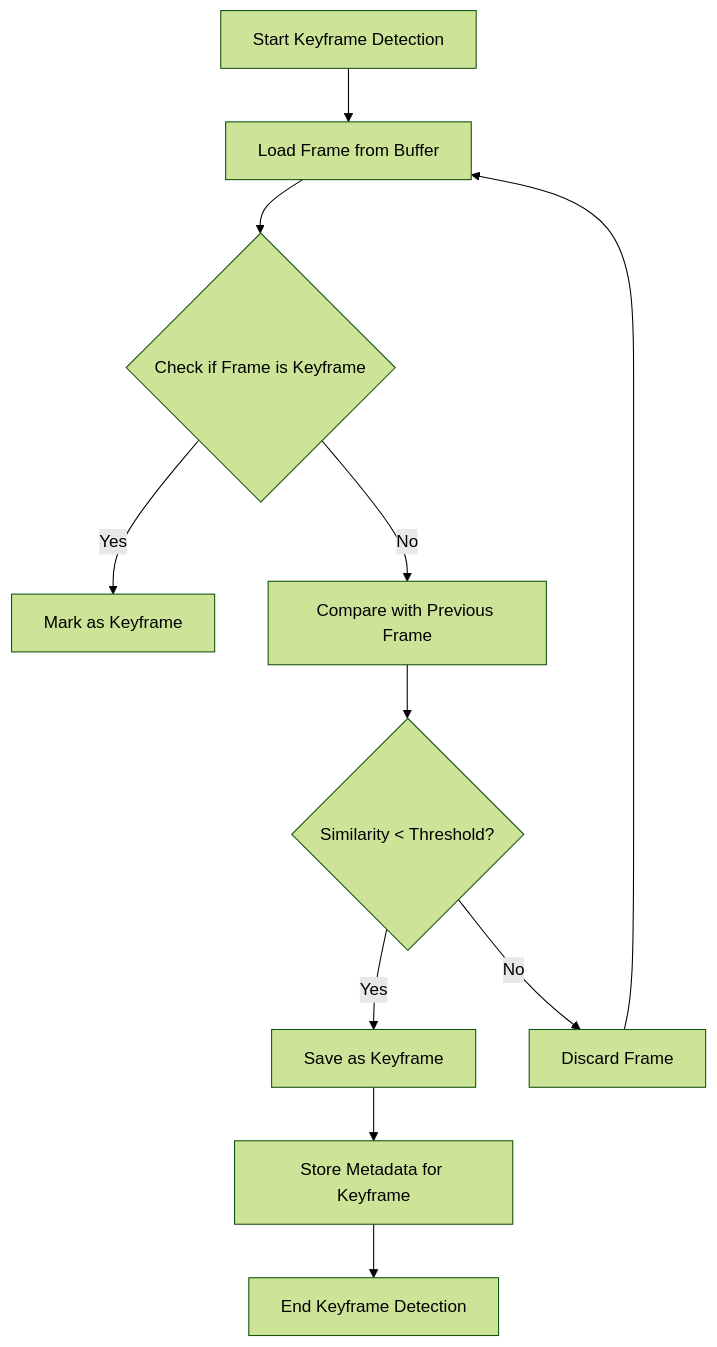
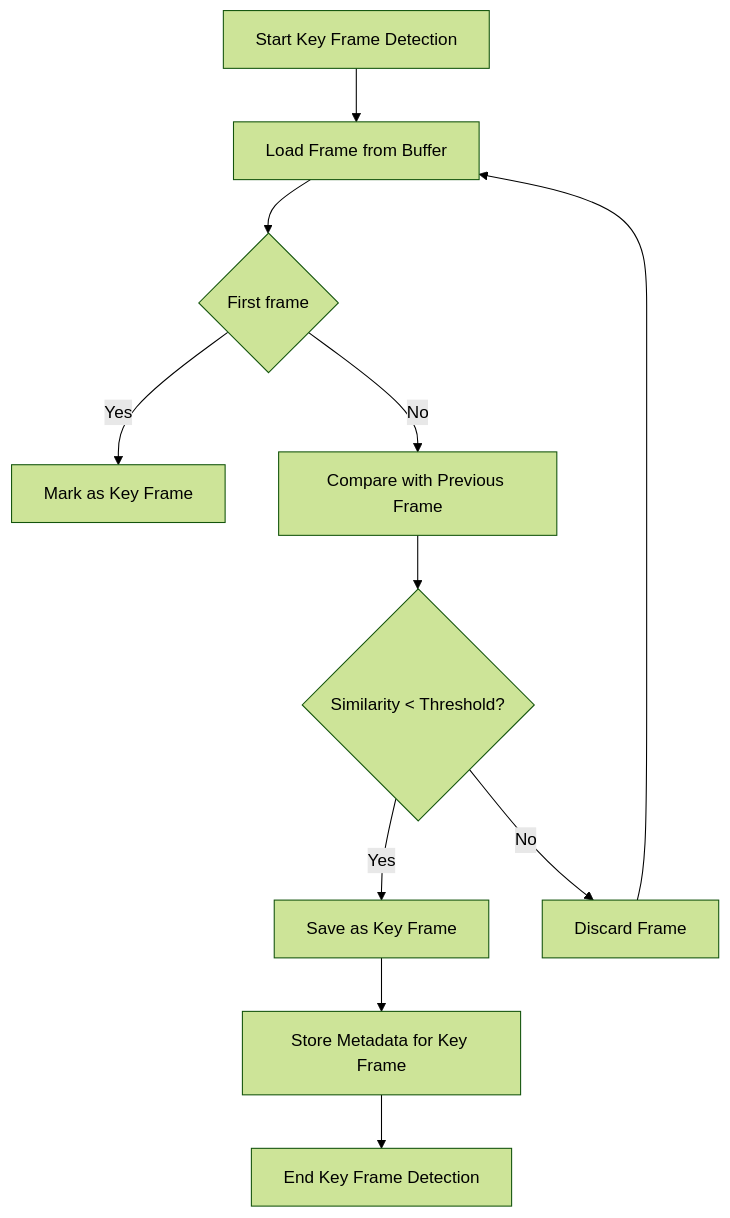
Before and after one commit to davidj-brewster/video-to-keyframes: the third of 5 diagrams in docs/overview-program-flows.md, drawn with Mermaid (forest theme). The commit also changed other lines of this file, not shown here.

````diff
--- a/docs/overview-program-flows.md
+++ b/docs/overview-program-flows.md
@@ -65,13 +65,13 @@
 ```mermaid
 flowchart TD
-    A[Start Keyframe Detection] --> B[Load Frame from Buffer]
-    B --> C{Check if Frame is Keyframe}
-    C -->|Yes| D[Mark as Keyframe]
+    A[Start Key Frame Detection] --> B[Load Frame from Buffer]
+    B --> C{First frame} 
+    C -->|Yes| D[Mark as Key Frame]
     C -->|No| E[Compare with Previous Frame]
     E --> F{Similarity < Threshold?}
-    F -->|Yes| G[Save as Keyframe]
+    F -->|Yes| G[Save as Key Frame]
     F -->|No| H[Discard Frame]
-    G --> I[Store Metadata for Keyframe]
+    G --> I[Store Metadata for Key Frame]
     H --> B
-    I --> J[End Keyframe Detection]
+    I --> J[End Key Frame Detection]
 ```
````
